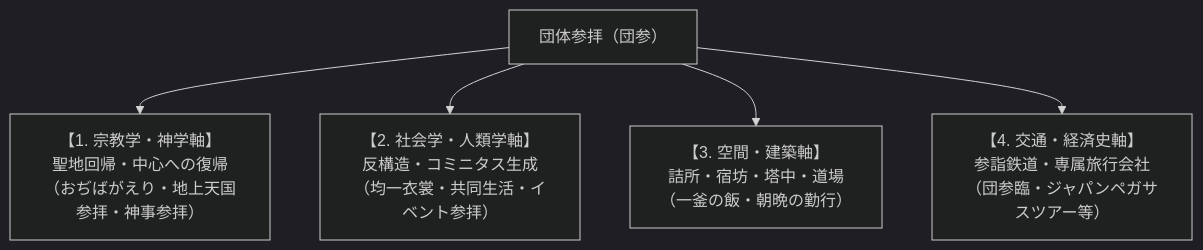
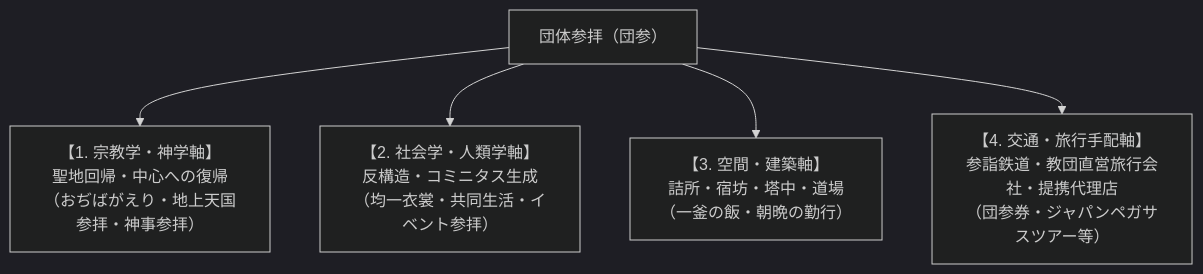
The diagram in content/01_宗派・異端研究/10_概念・原典・事件・拠点/団体参拝.md (iida-masashi/religion-garden), drawn with Mermaid (dark theme) before and after one commit. The commit also changed other lines of this file and 3 other files, not shown here.

````diff
--- a/content/01_宗派・異端研究/10_概念・原典・事件・拠点/団体参拝.md
+++ b/content/01_宗派・異端研究/10_概念・原典・事件・拠点/団体参拝.md
@@ -26,7 +26,7 @@
 ```mermaid
 graph TD
     A["団体参拝（団参）"] --> B1["【1. 宗教学・神学軸】<br>聖地回帰・中心への復帰<br>（おぢばがえり・地上天国参拝・神事参拝）"]
     A --> B2["【2. 社会学・人類学軸】<br>反構造・コミニタス生成<br>（均一衣裳・共同生活・イベント参拝）"]
     A --> B3["【3. 空間・建築軸】<br>詰所・宿坊・塔中・道場<br>（一釜の飯・朝晩の勤行）"]
-    A --> B4["【4. 交通・経済史軸】<br>参詣鉄道・専属旅行会社<br>（団参臨・ジャパンペガサスツアー等）"]
+    A --> B4["【4. 交通・旅行手配軸】<br>参詣鉄道・教団直営旅行会社・提携代理店<br>（団参券・ジャパンペガサスツアー等）"]
 ```
````
